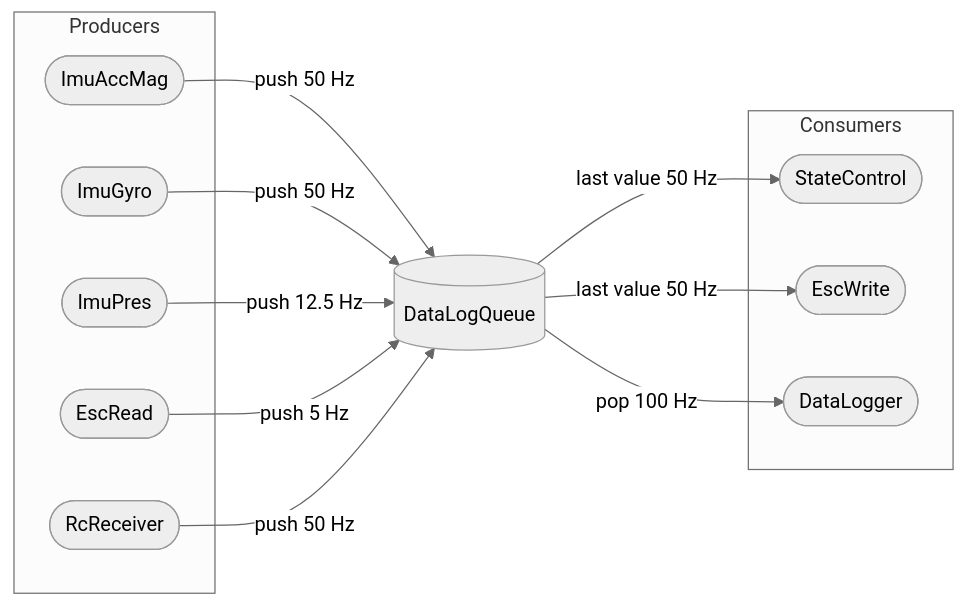
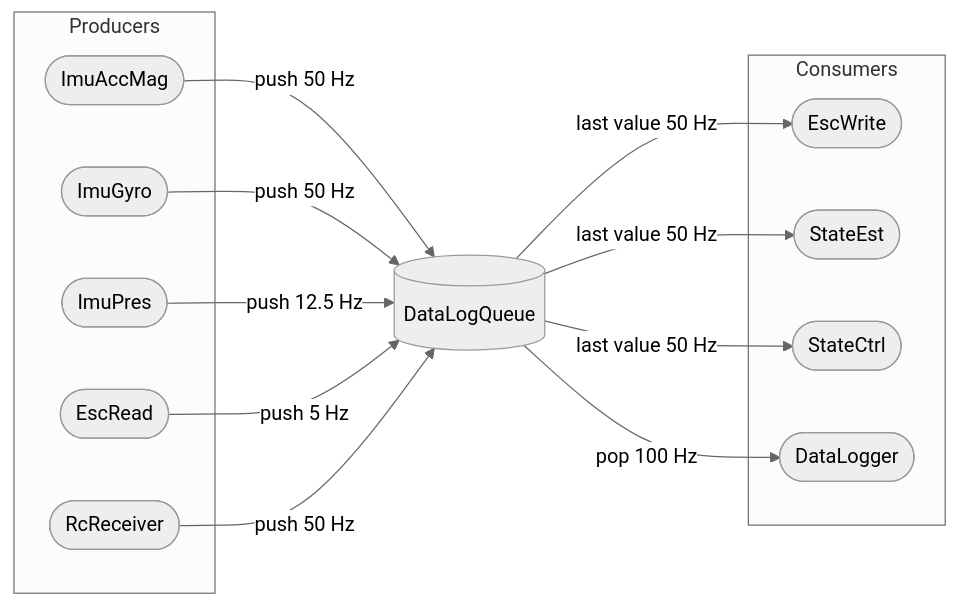
Before and after one commit to real-tintin/ugglan: the first of 2 diagrams in doc/source/software_design.rst, drawn with Mermaid (neutral theme). The commit also changed other lines of this file and 3 other files, not shown here.

Commit message:
Split the state est and ctrl task.

```diff
--- a/doc/source/software_design.rst
+++ b/doc/source/software_design.rst
@@ -12,40 +12,45 @@
 .. mermaid::
     :caption: Overview of the drone software design. Tasks are stadium-shaped nodes.
 
     graph LR
         ImuAccMag([ImuAccMag])
         ImuGyro([ImuGyro])
         ImuPres([ImuPres])
 
         EscRead([EscRead])
+        EscWrite([EscWrite])
+
         RcReceiver([RcReceiver])
 
+        StateEst([StateEst])
+        StateCtrl([StateCtrl])
+
+        DataLogger([DataLogger])
+
         DataLogQueue[(DataLogQueue)]
-
-        StateControl([StateControl])
-        EscWrite([EscWrite])
-        DataLogger([DataLogger])
 
         ImuAccMag -- push 50 Hz --> DataLogQueue
         ImuGyro -- push 50 Hz --> DataLogQueue
         ImuPres -- push 12.5 Hz --> DataLogQueue
         EscRead -- push 5 Hz --> DataLogQueue
         RcReceiver -- push 50 Hz --> DataLogQueue
 
-        DataLogQueue -- last value 50 Hz --> StateControl
+        DataLogQueue -- last value 50 Hz --> StateEst
+        DataLogQueue -- last value 50 Hz --> StateCtrl
         DataLogQueue -- last value 50 Hz --> EscWrite
         DataLogQueue -- pop 100 Hz --> DataLogger
 
         subgraph Producers
         ImuAccMag
         ImuGyro
         ImuPres
         EscRead
         RcReceiver
         end
 
         subgraph Consumers
-        StateControl
+        StateEst
+        StateCtrl
         EscWrite
         DataLogger
         end
```
